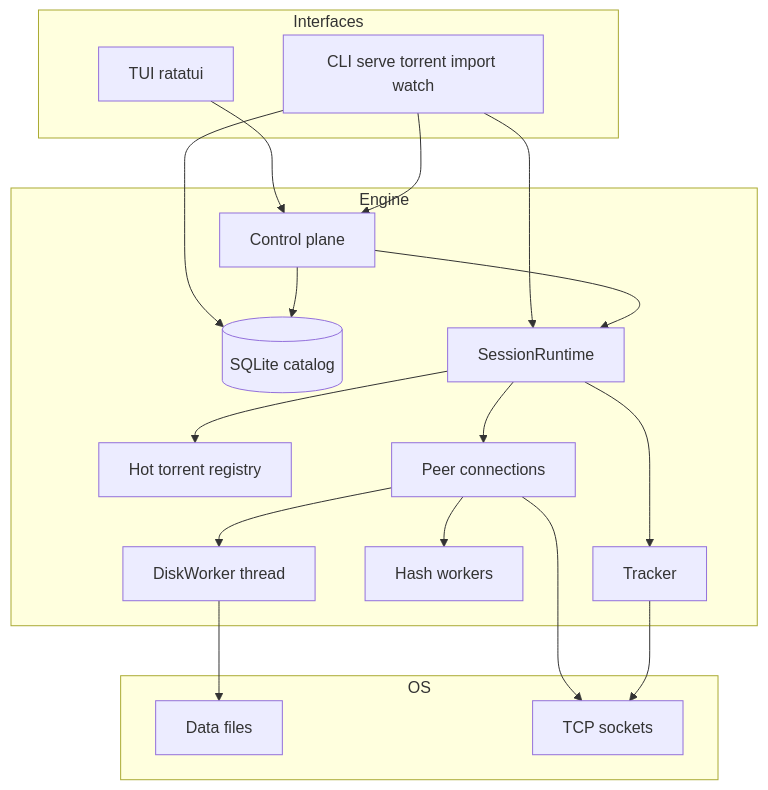
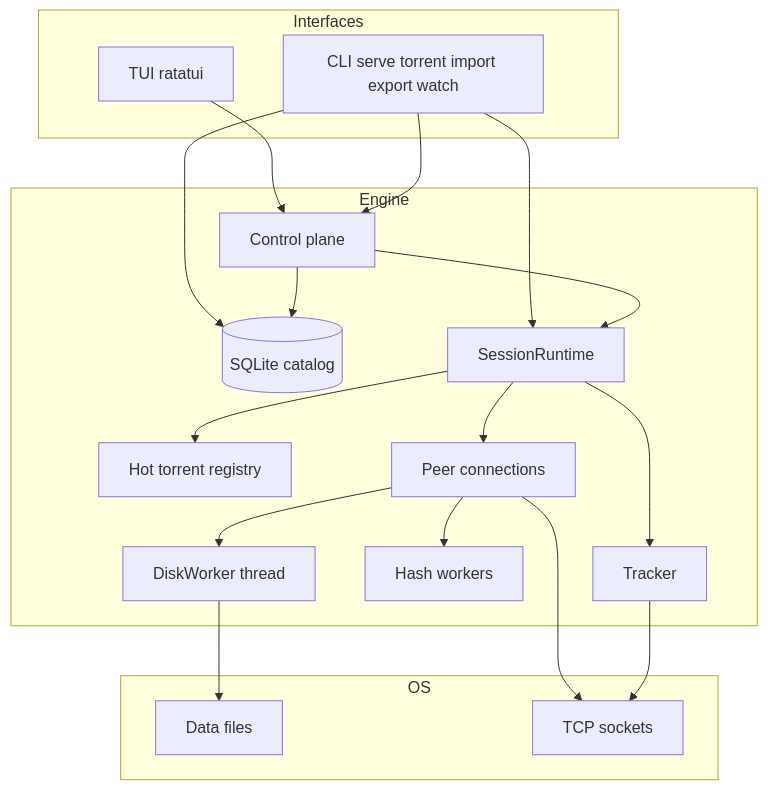
The diagram in docs/design.md (j-c-m/seedchamp), drawn with Mermaid before and after one commit. The commit also changed other lines of this file and 9 other files, not shown here.

````diff
--- a/docs/design.md
+++ b/docs/design.md
@@ -54,38 +54,38 @@
 ```mermaid
 flowchart TB
   subgraph interfaces [Interfaces]
     Ratatui[TUI ratatui]
-    Cli[CLI serve torrent import watch]
+    Cli[CLI serve torrent import export watch]
   end
 
   subgraph engine [Engine]
     Control[Control plane]
     Catalog[(SQLite catalog)]
     Hot[Hot torrent registry]
     Session[SessionRuntime]
     Peer[Peer connections]
     Disk[DiskWorker thread]
     Hash[Hash workers]
     Tracker[Tracker]
   end
 
   subgraph os [OS]
     Files[Data files]
     Net[TCP sockets]
   end
 
   Ratatui --> Control
   Cli --> Control
   Cli --> Session
   Cli --> Catalog
   Control --> Session
   Control --> Catalog
   Session --> Hot
   Session --> Peer
   Peer --> Net
   Peer --> Disk
   Disk --> Files
   Peer --> Hash
   Session --> Tracker
   Tracker --> Net
 ```
````
